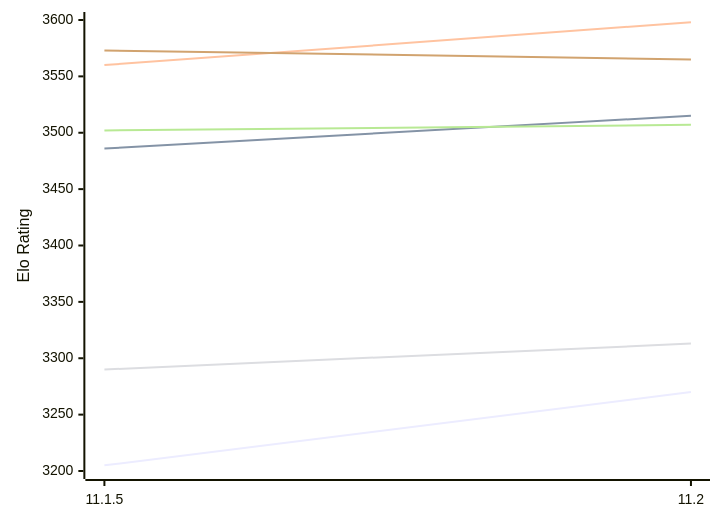
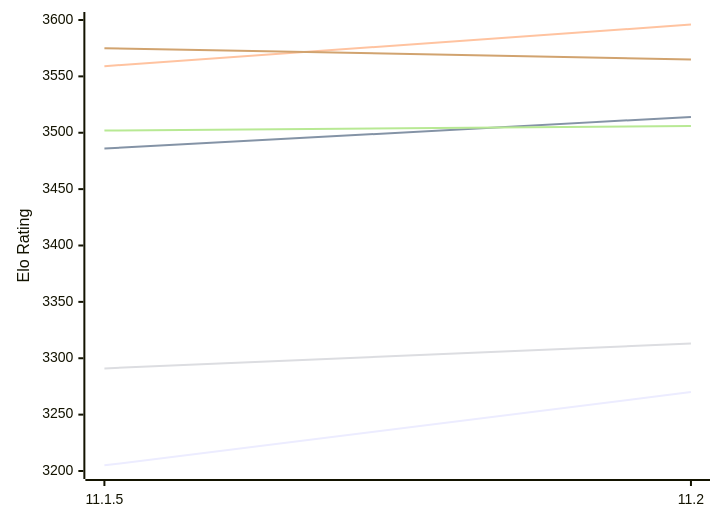
Before and after one commit to computer-chess-index/cci: the first of 2 diagrams in engines/Lizard.md, drawn with Mermaid. The commit also changed other lines of this file, not shown here.

Commit message:
Update CCI Ratings (ELO VLTC) - 2026-11-27

````diff
--- a/engines/Lizard.md
+++ b/engines/Lizard.md
@@ -52,12 +52,12 @@
 ```mermaid
 %%{init: {"theme":"base","themeVariables":{"seriesColors:['#a3a3a3','#222221','#faa371']}}}%%
 xychart-beta
   x-axis ["11.1.5", "11.2"]
   y-axis "Elo Rating" 3200 --> 3600
   line "E1: STC (8.0+0.08s)" [3205, 3270]
-  line "E1: LTC (60.0+0.60s)" [3486, 3515]
-  line "E1: VLTC (2m24s+1.12s)" [3560, 3598]
-  line "P1: STC (8.0+0.08s)" [3290, 3313]
-  line "P1: LTC (60.0+0.60s)" [3502, 3507]
-  line "P1: VLTC (2m24s+1.12s)" [3573, 3565]
+  line "E1: LTC (60.0+0.60s)" [3486, 3514]
+  line "E1: VLTC (2m24s+1.12s)" [3559, 3596]
+  line "P1: STC (8.0+0.08s)" [3291, 3313]
+  line "P1: LTC (60.0+0.60s)" [3502, 3506]
+  line "P1: VLTC (2m24s+1.12s)" [3575, 3565]
 ```
````
